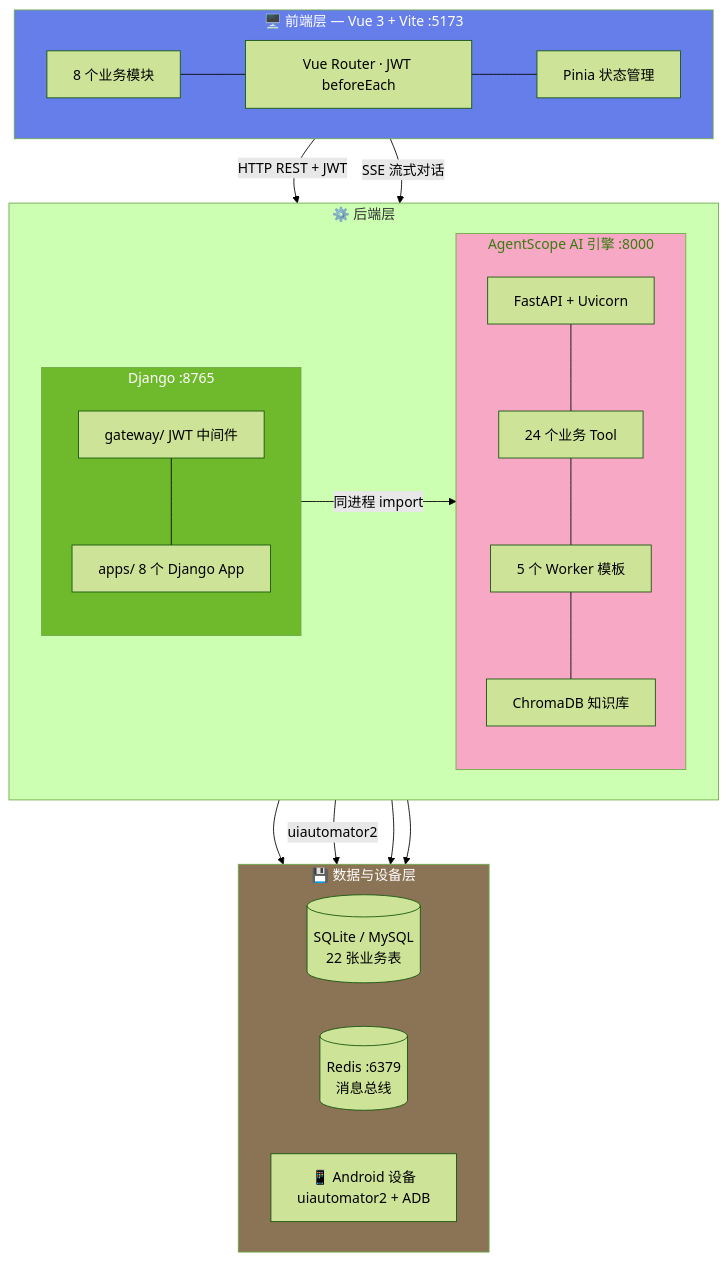
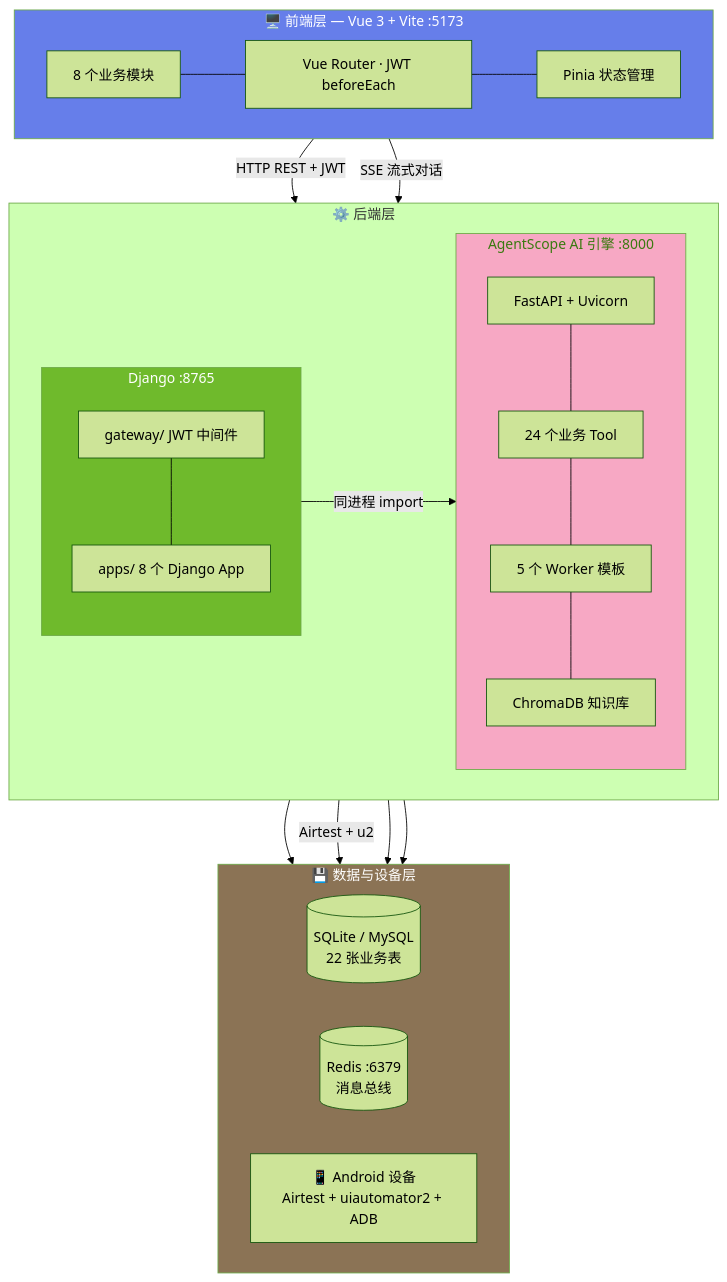
Before and after one commit to Kahoku-lazy/Android-AutoTests: the first of 6 diagrams in dev_docs/03-设计与架构/架构大纲.md, drawn with Mermaid (forest theme). The commit also changed other lines of this file and 201 other files, not shown here.

````diff
--- a/dev_docs/03-设计与架构/架构大纲.md
+++ b/dev_docs/03-设计与架构/架构大纲.md
@@ -26,46 +26,46 @@
 ```mermaid
 flowchart TB
     subgraph L1["🖥️ 前端层 — Vue 3 + Vite :5173"]
         direction LR
         UI["8 个业务模块"]
         Router["Vue Router · JWT beforeEach"]
         State["Pinia 状态管理"]
         UI --- Router --- State
     end
 
     subgraph L2["⚙️ 后端层"]
         direction LR
         subgraph Django_L2["Django :8765"]
             GW["gateway/ JWT 中间件"]
             Apps["apps/ 8 个 Django App"]
             GW --- Apps
         end
         subgraph AS_L2["AgentScope AI 引擎 :8000"]
             FA["FastAPI + Uvicorn"]
             Tools["24 个业务 Tool"]
             Teams["5 个 Worker 模板"]
             RAG["ChromaDB 知识库"]
             FA --- Tools --- Teams --- RAG
         end
     end
 
     subgraph L3["💾 数据与设备层"]
         direction LR
         DB[("SQLite / MySQL<br/>22 张业务表")]
         Redis[("Redis :6379<br/>消息总线")]
-        Android["📱 Android 设备<br/>uiautomator2 + ADB"]
+        Android["📱 Android 设备<br/>Airtest + uiautomator2 + ADB"]
     end
 
     L1 -->|"HTTP REST + JWT"| Django_L2
     L1 -->|"SSE 流式对话"| AS_L2
     Django_L2 -->|"同进程 import"| AS_L2
     Django_L2 --> DB
-    Django_L2 -->|"uiautomator2"| Android
+    Django_L2 -->|"Airtest + u2"| Android
     AS_L2 --> Redis
     Django_L2 --> Redis
 
     style L1 fill:#667eea,color:#fff
     style Django_L2 fill:#6fba2c,color:#fff
     style AS_L2 fill:#f7a8c4,color:#3a7a10
     style L3 fill:#8b7355,color:#fff
 ```
````
